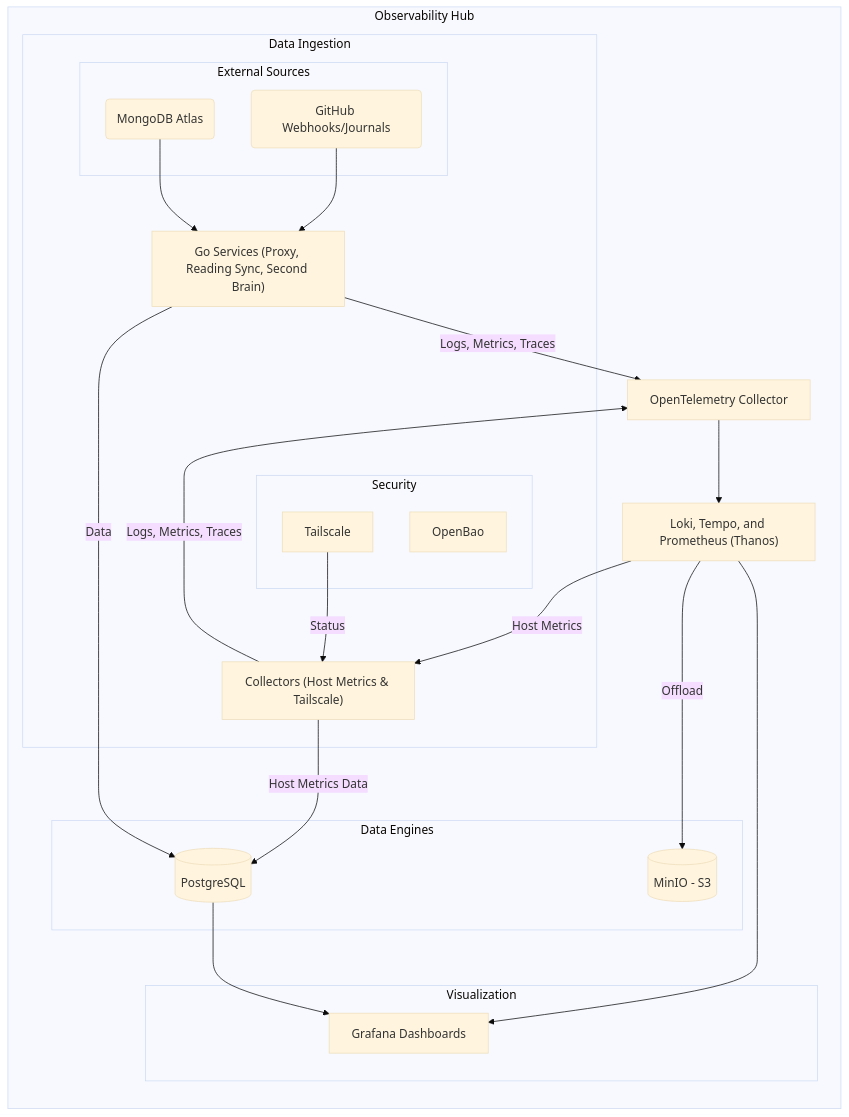
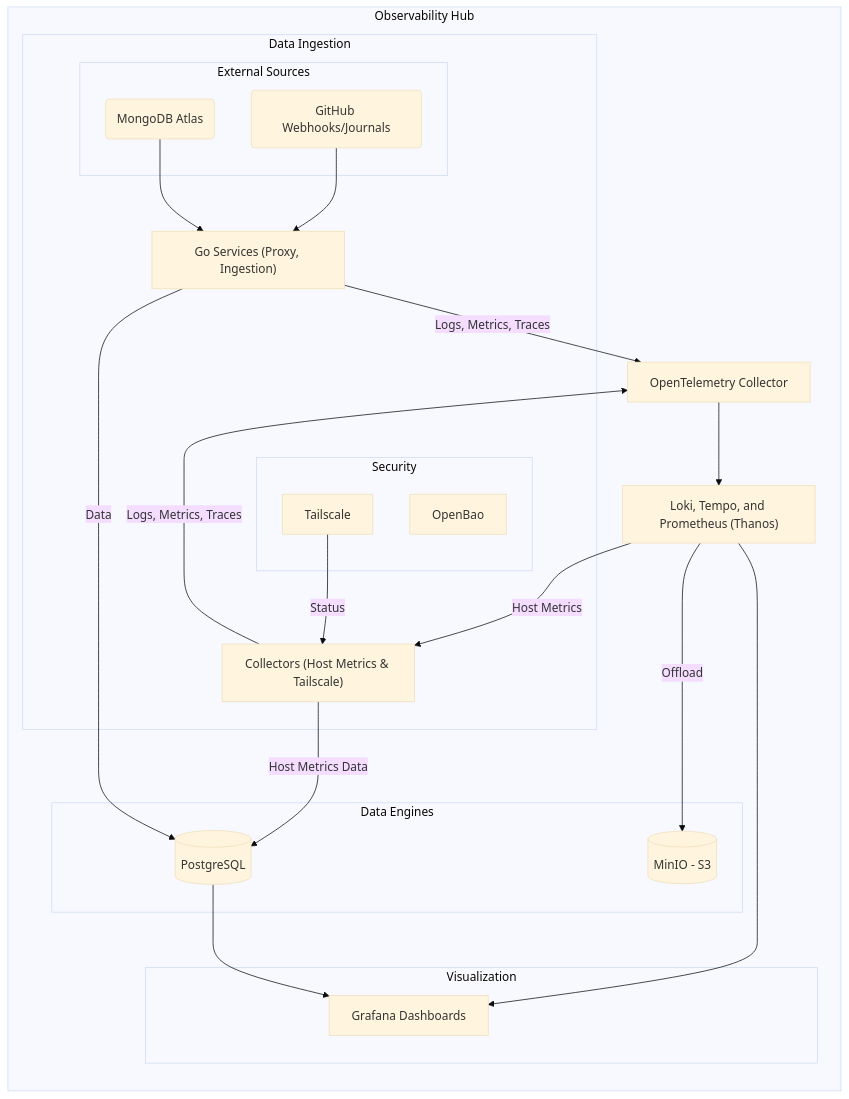
Before and after one commit to victoriacheng15/observability-hub: the diagram in README.md, drawn with Mermaid (base theme). The commit also changed other lines of this file and 17 other files, not shown here.

````diff
--- a/README.md
+++ b/README.md
@@ -60,49 +61,49 @@
 ```mermaid
 flowchart TB
     subgraph ObservabilityHub ["Observability Hub"]
         direction TB
         subgraph Logic ["Data Ingestion"]
             subgraph External ["External Sources"]
                 GH(GitHub Webhooks/Journals)
                 Mongo(MongoDB Atlas)
             end
 
             subgraph Security [Security]
                 Bao[OpenBao]
                 Tailscale[Tailscale]
             end
 
-            GoApps["Go Services (Proxy, Reading Sync, Second Brain)"]
+            GoApps["Go Services (Proxy, Ingestion)"]
             Collectors["Collectors (Host Metrics & Tailscale)"]
         end
 
         OTEL[OpenTelemetry Collector]
 
         Observability["Loki, Tempo, and Prometheus (Thanos)"]
         subgraph Storage ["Data Engines"]
             PG[(PostgreSQL)]
             S3[(MinIO - S3)]
         end
         
 
         subgraph Visualization ["Visualization"]
             Grafana[Grafana Dashboards]
         end
     end
 
     %% Data Pipeline Connections
     GH --> GoApps
     Mongo --> GoApps
     Observability -- "Host Metrics" --> Collectors
     Tailscale -- "Status" --> Collectors
     Collectors -- "Host Metrics Data" --> PG
     GoApps -- Data --> PG
 
     %% Telemetry Pipeline (OTLP)
     GoApps & Collectors -- "Logs, Metrics, Traces" --> OTEL
     OTEL --> Observability
     Observability -- "Offload" --> S3
 
     %% Visualization Connections
     Observability & PG --> Grafana
 ```
````
